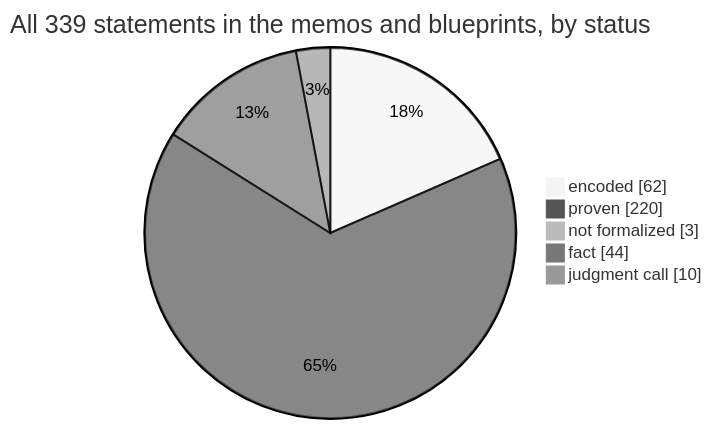
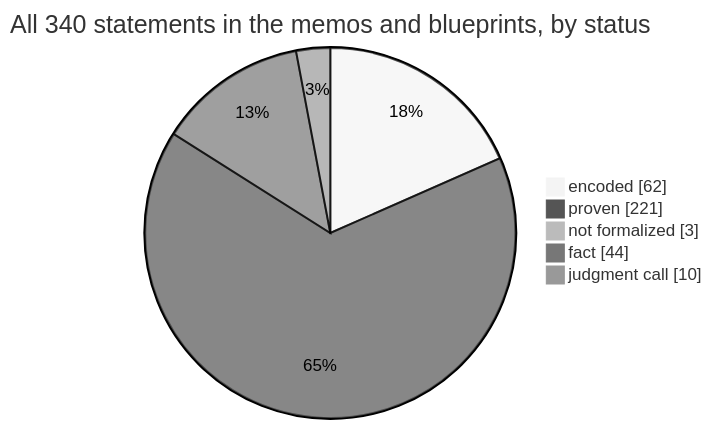
Before and after one commit to SeanWMurray/Canteen: the first of 4 diagrams in docs/graphs/dashboard.md, drawn with Mermaid (neutral theme). The commit also changed other lines of this file and 25 other files, not shown here.

````diff
--- a/docs/graphs/dashboard.md
+++ b/docs/graphs/dashboard.md
@@ -11,8 +11,8 @@
 ```mermaid
-pie showData title All 339 statements in the memos and blueprints, by status
+pie showData title All 340 statements in the memos and blueprints, by status
     "encoded" : 62
-    "proven" : 220
+    "proven" : 221
     "not formalized" : 3
     "fact" : 44
     "judgment call" : 10
 ```
````
